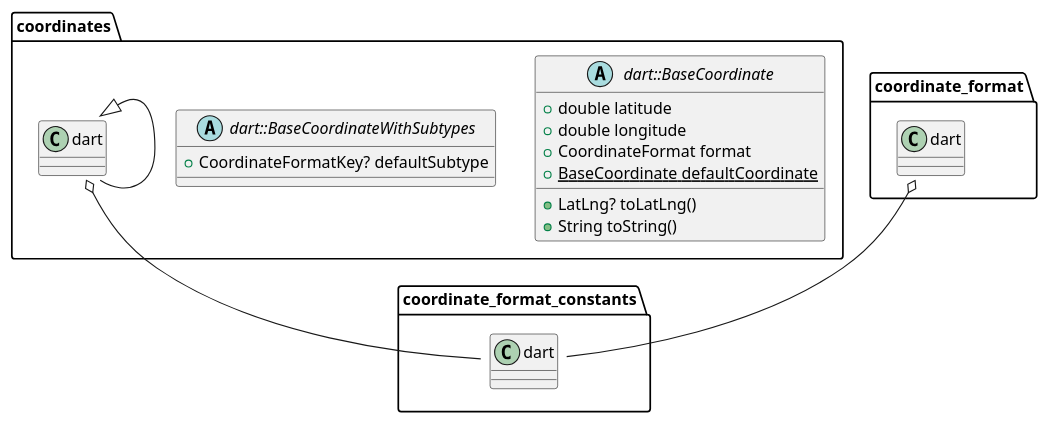
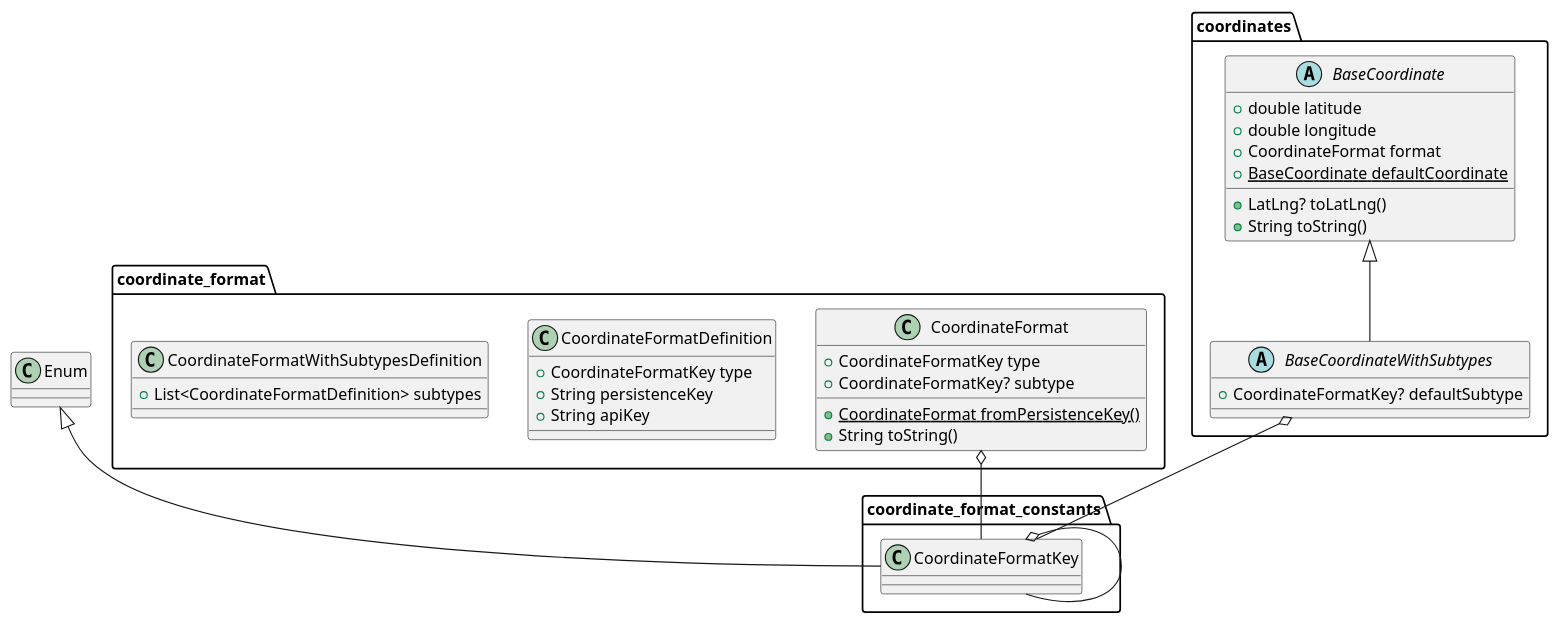
One commit to S-Man42/GCWizard changed the diagram in lib/tools/coords/_common/logic/coordinates.puml. Above: the diagram before and after it, drawn with PlantUML. The commit also changed 1 other file, not shown here.

```diff
--- a/lib/tools/coords/_common/logic/coordinates.puml
+++ b/lib/tools/coords/_common/logic/coordinates.puml
@@ -1,22 +1,47 @@
 @startuml
 'https://plantuml.com/sequence-diagram
 
-abstract class "coordinates.dart::BaseCoordinate" {
+class "coordinate_format.CoordinateFormat" {
+  +CoordinateFormatKey type
+  +CoordinateFormatKey? subtype
+  {static} +CoordinateFormat fromPersistenceKey()
+  +String toString()
+}
+
+class "coordinate_format.CoordinateFormatDefinition" {
+  +CoordinateFormatKey type
+  +String persistenceKey
+  +String apiKey
+}
+
+class "coordinate_format.CoordinateFormatWithSubtypesDefinition" {
+  +List<CoordinateFormatDefinition> subtypes
+}
+
+abstract class "coordinates.BaseCoordinate" {
   +double latitude
   +double longitude
   +CoordinateFormat format
   {static} +BaseCoordinate defaultCoordinate
   +LatLng? toLatLng()
   +String toString()
 }
 
-abstract class "coordinates.dart::BaseCoordinateWithSubtypes" {
+abstract class "coordinates.BaseCoordinateWithSubtypes" {
   +CoordinateFormatKey? defaultSubtype
 }
 
-"coordinates.dart::BaseCoordinateWithSubtypes" o-- "coordinate_format_constants.dart::CoordinateFormatKey"
-"coordinates.dart::BaseCoordinate" <|-- "coordinates.dart::BaseCoordinateWithSubtypes"
-"coordinate_format.dart::CoordinateFormat" o-- "coordinate_format_constants.dart::CoordinateFormatKey"
+"coordinate_format_constants.CoordinateFormatKey" o-- "coordinate_format.CoordinateFormat.type"
+"coordinate_format_constants.CoordinateFormatKey" o-- "coordinate_format.CoordinateFormat.subtype"
+
+
+"coordinates.BaseCoordinateWithSubtypes" o-- "coordinate_format_constants.CoordinateFormatKey"
+"coordinates.BaseCoordinate" <|-- "coordinates.BaseCoordinateWithSubtypes"
+"coordinate_format.CoordinateFormat" o-- "coordinate_format_constants.CoordinateFormatKey"
+
+"coordinate_format_constants.CoordinateFormatKey" o-- "coordinate_format_constants.CoordinateFormatKey"
+"Enum" <|-- "coordinate_format_constants.CoordinateFormatKey"
+
 
 
 @enduml
```
